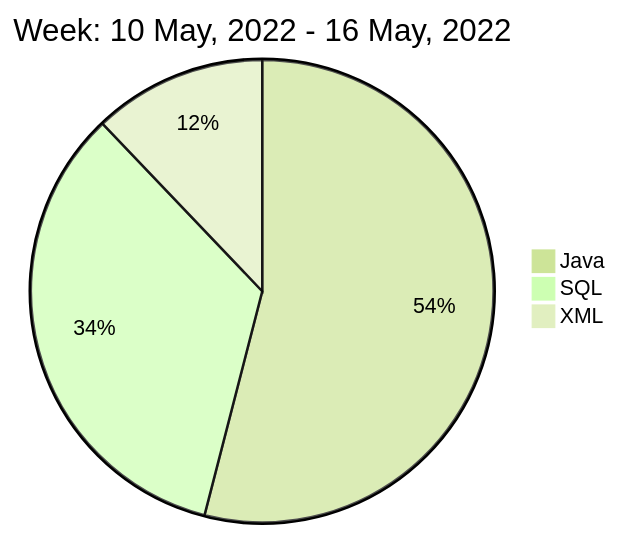
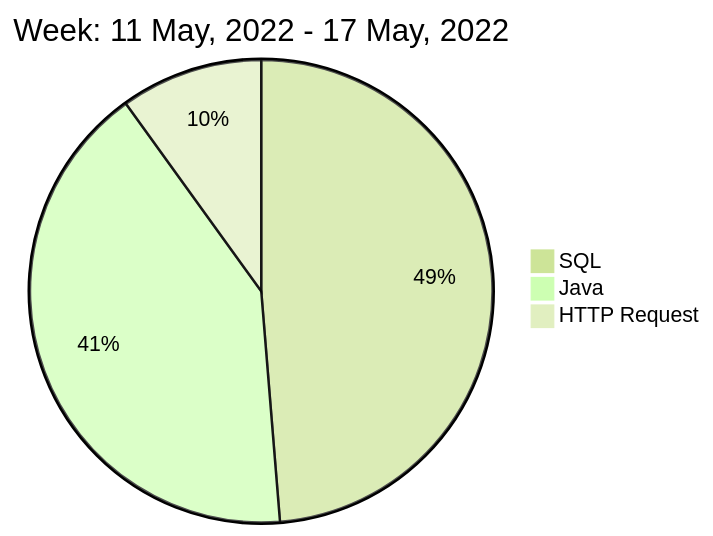
One commit to liubin95/liubin95 changed the diagram in README.md. Above: the diagram before and after it, drawn with Mermaid (forest theme).

Commit message:
Updated the Graph with new Metrics

````diff
--- a/README.md
+++ b/README.md
@@ -40,7 +40,7 @@
 ```mermaid
  pie
-title Week: 10 May, 2022 - 16 May, 2022
- "Java" : 7.13
- "SQL" : 4.47
- "XML" : 1.6
+title Week: 11 May, 2022 - 17 May, 2022
+ "SQL" : 6.22
+ "Java" : 5.28
+ "HTTP Request" : 1.27
 ```
````
